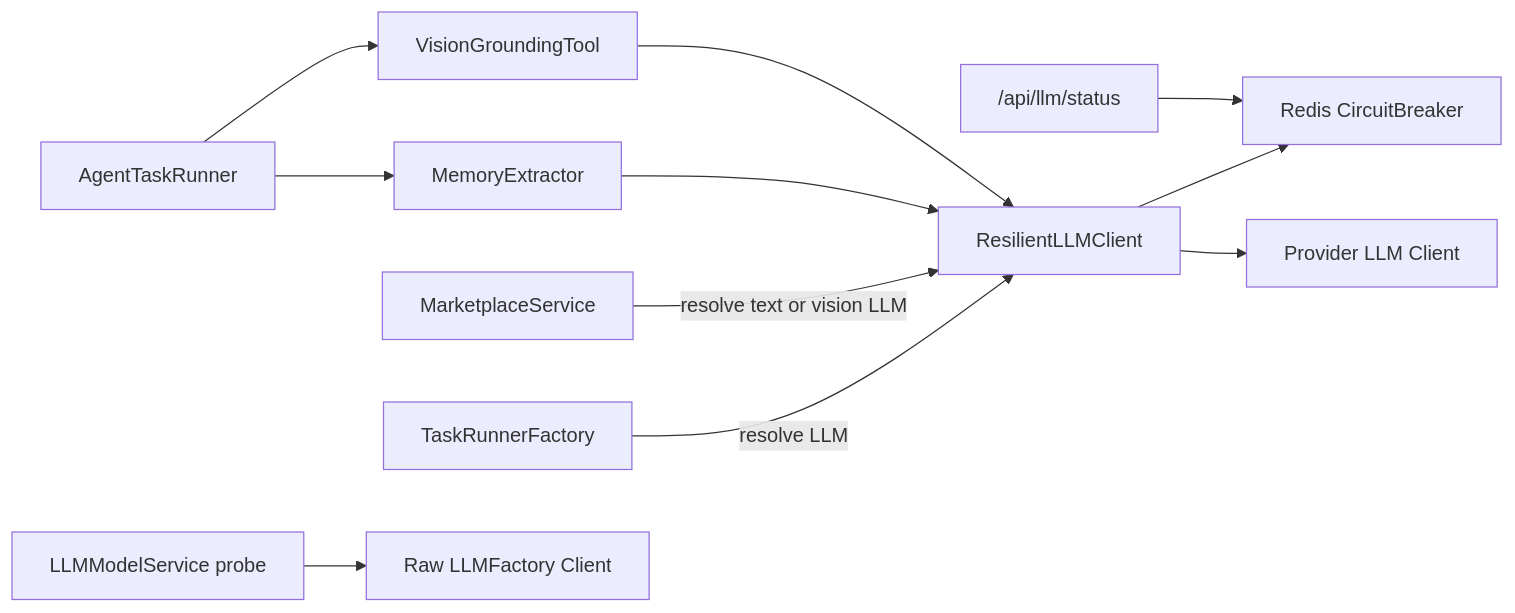
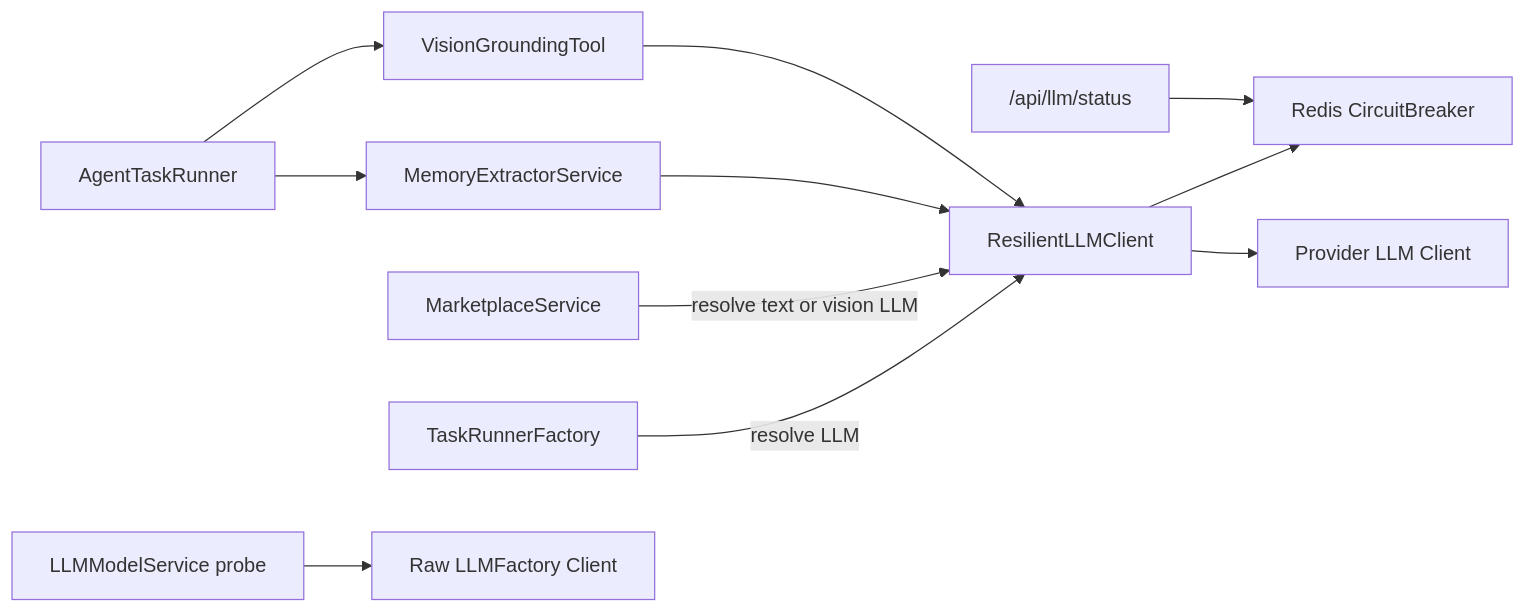
One commit to OceaLong/opencitadel changed the first of 2 diagrams in docs/model-resilience.md. Above: the diagram before and after it, drawn with Mermaid. The commit also changed other lines of this file and 32 other files, not shown here.

````diff
--- a/docs/model-resilience.md
+++ b/docs/model-resilience.md
@@ -38,13 +38,13 @@
 ```mermaid
 flowchart LR
   TaskRunnerFactory["TaskRunnerFactory"] -->|"resolve LLM"| ResilientLLMClient["ResilientLLMClient"]
   MarketplaceService["MarketplaceService"] -->|"resolve text or vision LLM"| ResilientLLMClient
-  AgentRunner["AgentTaskRunner"] --> MemoryExtractor["MemoryExtractor"]
+  AgentRunner["AgentTaskRunner"] --> MemoryExtractorService["MemoryExtractorService"]
   AgentRunner --> VisionGroundingTool["VisionGroundingTool"]
-  MemoryExtractor --> ResilientLLMClient
+  MemoryExtractorService --> ResilientLLMClient
   VisionGroundingTool --> ResilientLLMClient
   ResilientLLMClient --> CircuitBreaker["Redis CircuitBreaker"]
   ResilientLLMClient --> RawLLM["Provider LLM Client"]
   LLMStatus["/api/llm/status"] --> CircuitBreaker
   LLMProbe["LLMModelService probe"] --> RawProbe["Raw LLMFactory Client"]
 ```
````
